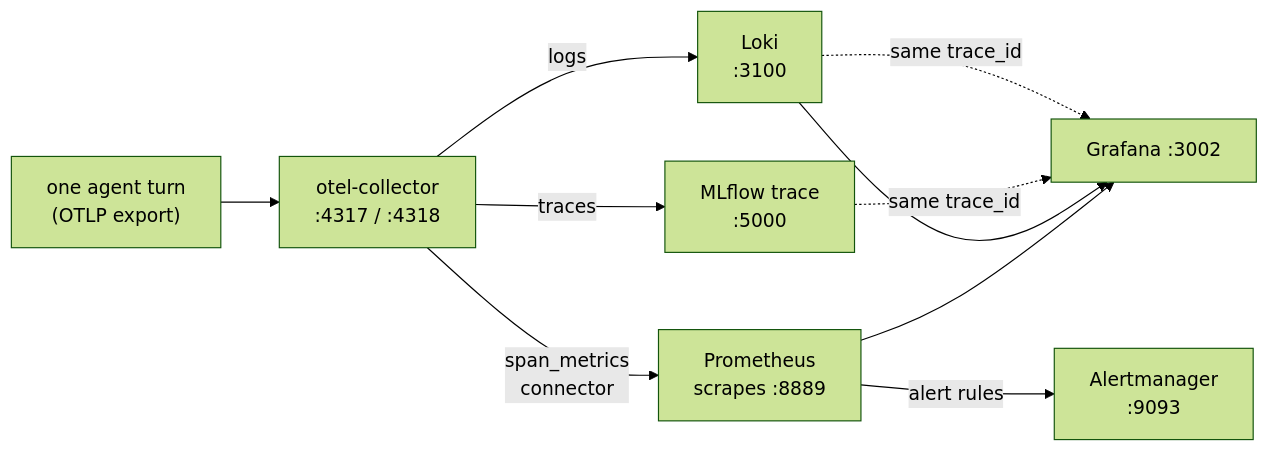
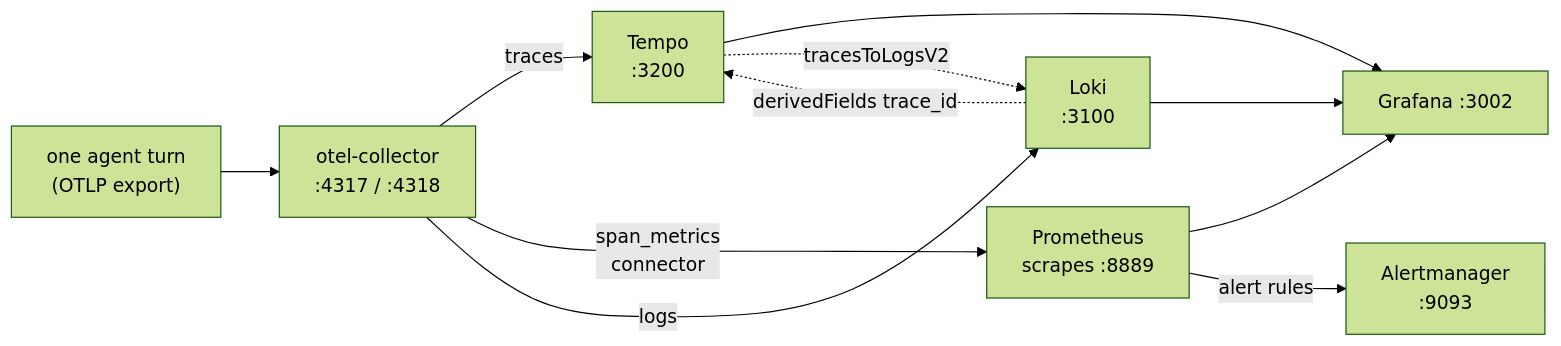
One commit to LuiGGi629/agentops-open-course changed the diagram in content/7. Observability/7.2. Monitoring.md. Above: the diagram before and after it, drawn with Mermaid (forest theme). The commit also changed other lines of this file and 88 other files, not shown here.

First line of the commit message:
refactor: send traces to Tempo and take MLflow out of the online path

````diff
--- a/content/7. Observability/7.2. Monitoring.md
+++ b/content/7. Observability/7.2. Monitoring.md
@@ -89,12 +98,13 @@
 ```mermaid
 flowchart LR
     Turn["one agent turn<br/>(OTLP export)"] --> Col["otel-collector<br/>:4317 / :4318"]
-    Col -->|traces| MLflow["MLflow trace<br/>:5000"]
+    Col -->|traces| Tempo["Tempo<br/>:3200"]
     Col -->|"span_metrics<br/>connector"| Prom["Prometheus<br/>scrapes :8889"]
     Col -->|logs| Loki["Loki<br/>:3100"]
-    Prom --> Graf["Grafana :3002"]
+    Tempo --> Graf["Grafana :3002"]
+    Prom --> Graf
     Loki --> Graf
     Prom -->|alert rules| Alert["Alertmanager<br/>:9093"]
-    MLflow -. "same trace_id" .-> Graf
-    Loki -. "same trace_id" .-> Graf
+    Tempo -. "tracesToLogsV2" .-> Loki
+    Loki -. "derivedFields trace_id" .-> Tempo
 ```
````
